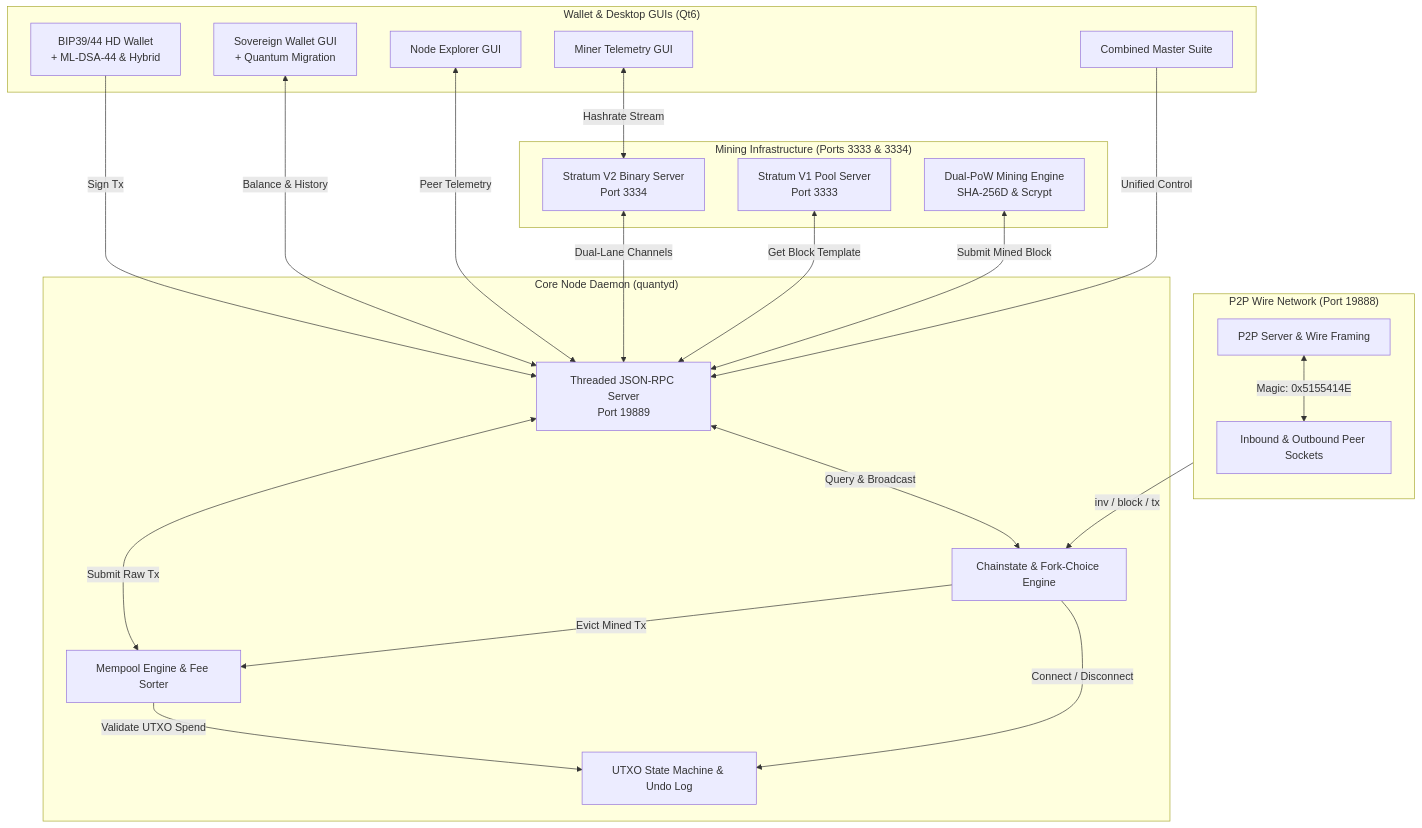
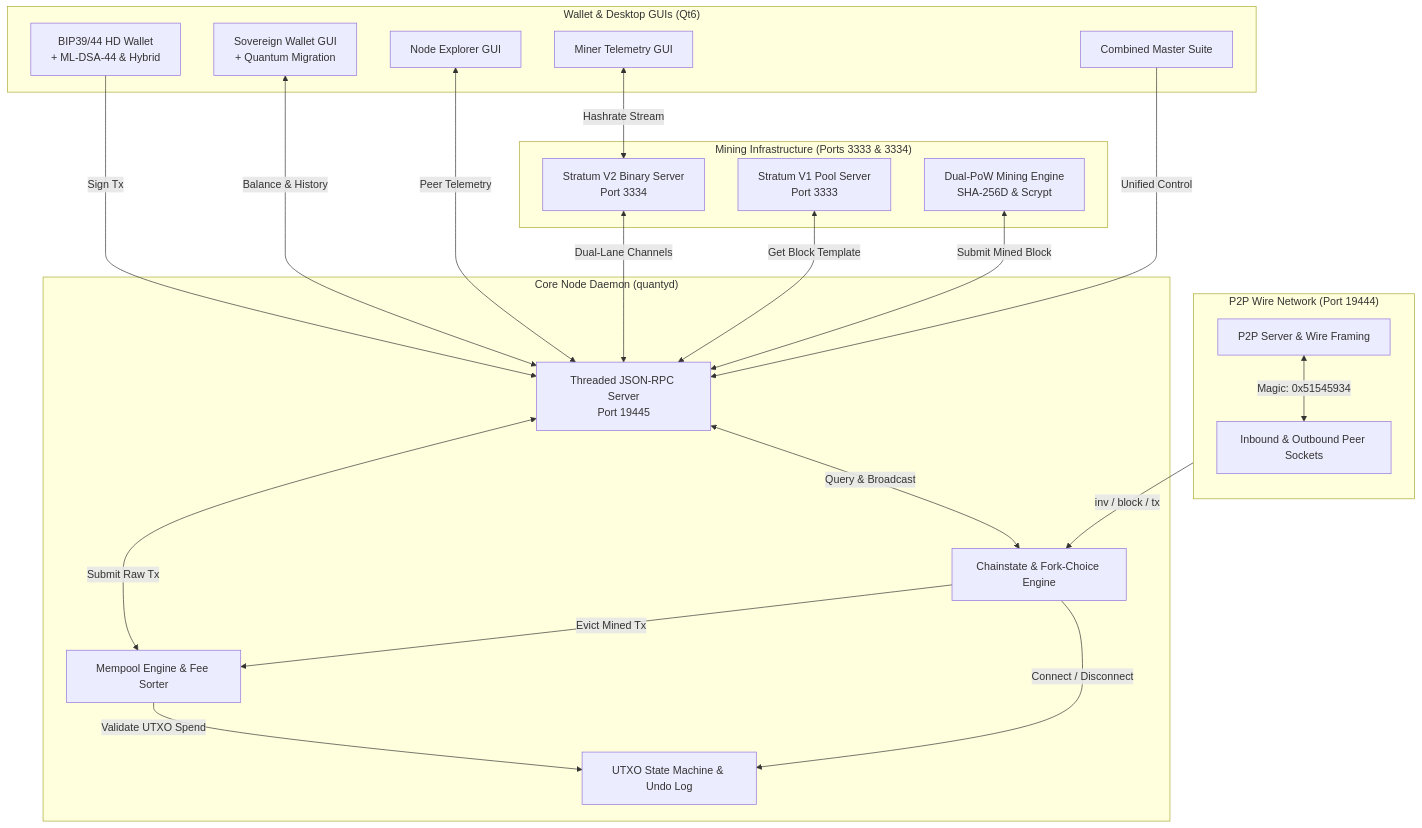
One commit to timfromhcs/QuantyCoin changed the diagram in README.md. Above: the diagram before and after it, drawn with Mermaid. The commit also changed 32 other files, not shown here.

````diff
--- a/README.md
+++ b/README.md
@@ -145,46 +145,46 @@
 ```mermaid
 graph TB
-    subgraph P2P ["P2P Wire Network (Port 19888)"]
+    subgraph P2P ["P2P Wire Network (Port 19444)"]
         direction TB
         MGR[P2P Server & Wire Framing]
         PEERS[Inbound & Outbound Peer Sockets]
-        MGR <-->|Magic: 0x5155414E| PEERS
+        MGR <-->|Magic: 0x51545934| PEERS
     end
 
     subgraph CORE ["Core Node Daemon (quantyd)"]
         CS[Chainstate & Fork-Choice Engine]
         UTXO[UTXO State Machine & Undo Log]
         MEM[Mempool Engine & Fee Sorter]
-        RPC[Threaded JSON-RPC Server\nPort 19889]
+        RPC[Threaded JSON-RPC Server\nPort 19445]
 
         MGR -->|inv / block / tx| CS
         CS -->|Connect / Disconnect| UTXO
         MEM -->|Validate UTXO Spend| UTXO
         CS -->|Evict Mined Tx| MEM
         RPC <-->|Query & Broadcast| CS
         RPC <-->|Submit Raw Tx| MEM
     end
 
     subgraph MINING ["Mining Infrastructure (Ports 3333 & 3334)"]
         SV2[Stratum V2 Binary Server\nPort 3334]
         SV1[Stratum V1 Pool Server\nPort 3333]
         ENG[Dual-PoW Mining Engine\nSHA-256D & Scrypt]
         SV2 <-->|Dual-Lane Channels| RPC
         SV1 <-->|Get Block Template| RPC
         ENG <-->|Submit Mined Block| RPC
     end
 
     subgraph WALLET ["Wallet & Desktop GUIs (Qt6)"]
         HD[BIP39/44 HD Wallet\n+ ML-DSA-44 & Hybrid]
         GUI_W[Sovereign Wallet GUI\n+ Quantum Migration]
         GUI_N[Node Explorer GUI]
         GUI_M[Miner Telemetry GUI]
         GUI_S[Combined Master Suite]
 
         HD -->|Sign Tx| RPC
         GUI_W <-->|Balance & History| RPC
         GUI_N <-->|Peer Telemetry| RPC
         GUI_M <-->|Hashrate Stream| SV2
         GUI_S -->|Unified Control| RPC
     end
 ```
````
